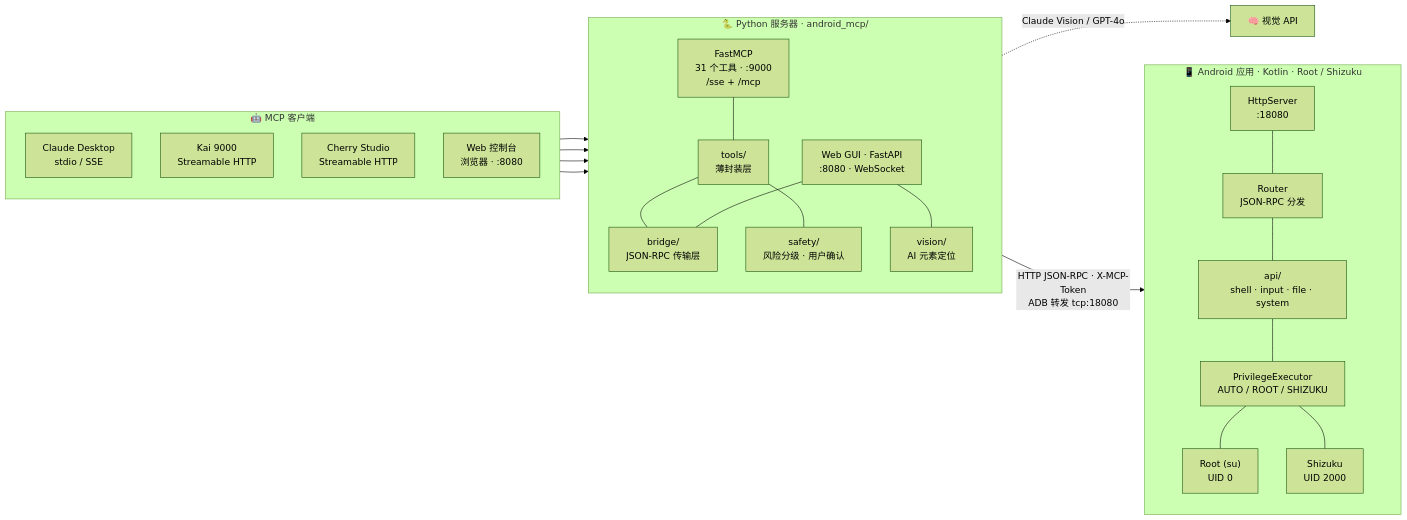
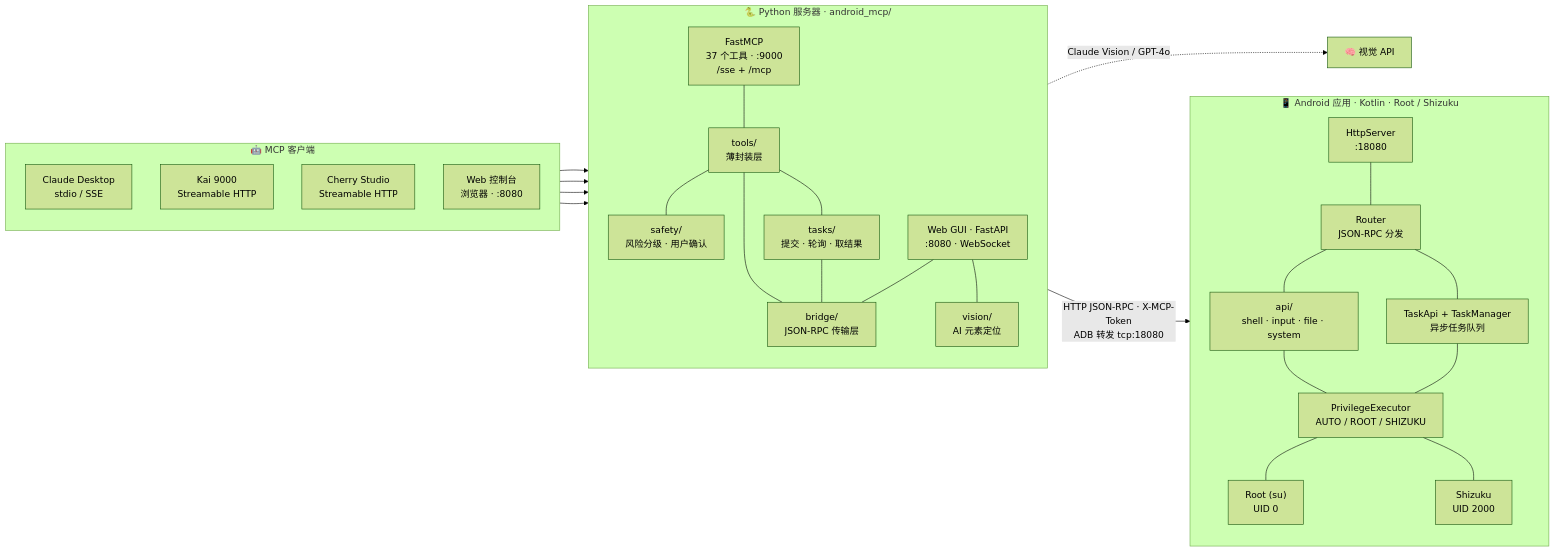
One commit to shuao-pro/android-mcp changed the diagram in README_zh.md. Above: the diagram before and after it, drawn with Mermaid (forest theme). The commit also changed other lines of this file and 14 other files, not shown here.

````diff
--- a/README_zh.md
+++ b/README_zh.md
@@ -25,47 +25,53 @@
 ```mermaid
 flowchart LR
     subgraph CLIENTS["🤖 MCP 客户端"]
         direction TB
         C1["Claude Desktop<br/>stdio / SSE"]
         C2["Kai 9000<br/>Streamable HTTP"]
         C3["Cherry Studio<br/>Streamable HTTP"]
         C4["Web 控制台<br/>浏览器 · :8080"]
     end
 
     subgraph SERVER["🐍 Python 服务器 · android_mcp/"]
         direction TB
-        S1["FastMCP<br/>31 个工具 · :9000<br/>/sse + /mcp"]
+        S1["FastMCP<br/>37 个工具 · :9000<br/>/sse + /mcp"]
         S2["Web GUI · FastAPI<br/>:8080 · WebSocket"]
         S3["tools/<br/>薄封装层"]
         S4["bridge/<br/>JSON-RPC 传输层"]
         S5["vision/<br/>AI 元素定位"]
         S6["safety/<br/>风险分级 · 用户确认"]
+        S7["tasks/<br/>提交 · 轮询 · 取结果"]
         S1 --- S3
         S3 --- S4
         S3 --- S6
+        S3 --- S7
+        S7 --- S4
         S2 --- S4
         S2 --- S5
     end
 
     subgraph PHONE["📱 Android 应用 · Kotlin · Root / Shizuku"]
         direction TB
         P1["HttpServer<br/>:18080"]
         P2["Router<br/>JSON-RPC 分发"]
         P3["api/<br/>shell · input · file · system"]
         P4["PrivilegeExecutor<br/>AUTO / ROOT / SHIZUKU"]
         P5["Root (su)<br/>UID 0"]
         P6["Shizuku<br/>UID 2000"]
+        P7["TaskApi + TaskManager<br/>异步任务队列"]
         P1 --- P2
         P2 --- P3
+        P2 --- P7
         P3 --- P4
+        P7 --- P4
         P4 --- P5
         P4 --- P6
     end
 
     C1 --> S1
     C2 --> S1
     C3 --> S1
     C4 --> S2
     S4 -->|"HTTP JSON-RPC · X-MCP-Token<br/>ADB 转发 tcp:18080"| P1
     S5 -.->|"Claude Vision / GPT-4o"| V["🧠 视觉 API"]
 ```
````
